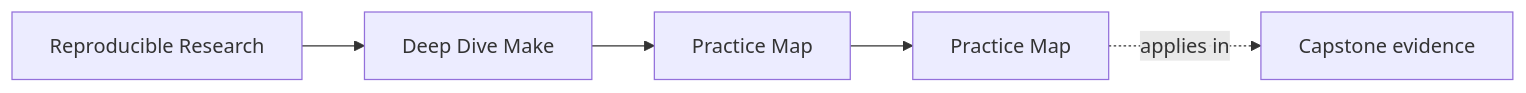
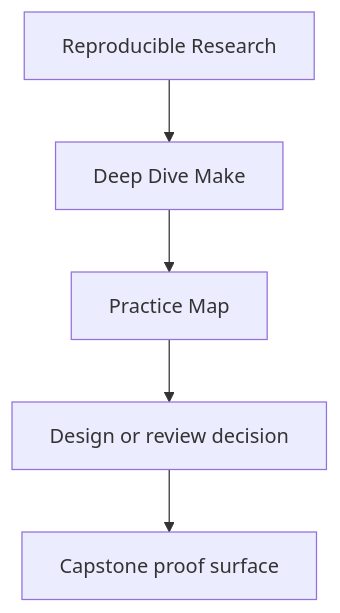
Before and after one commit to bijux/bijux-masterclass: the first of 2 diagrams in programs/reproducible-research/deep-dive-make/course-book/reference/practice-map.md, drawn with Mermaid. The commit also changed other lines of this file and 29 other files, not shown here.

Commit message:
docs(deep-dive-make): sharpen guide and reference diagrams

````diff
--- a/programs/reproducible-research/deep-dive-make/course-book/reference/practice-map.md
+++ b/programs/reproducible-research/deep-dive-make/course-book/reference/practice-map.md
@@ -9,11 +9,7 @@
 ```mermaid
-graph LR
-  family["Reproducible Research"]
-  program["Deep Dive Make"]
-  section["Practice Map"]
-  page["Practice Map"]
-  capstone["Capstone evidence"]
-
-  family --> program --> section --> page
-  page -.applies in.-> capstone
+flowchart TD
+  family["Reproducible Research"] --> program["Deep Dive Make"]
+  program --> reference["Practice Map"]
+  reference --> review["Design or review decision"]
+  review --> capstone["Capstone proof surface"]
 ```
````
